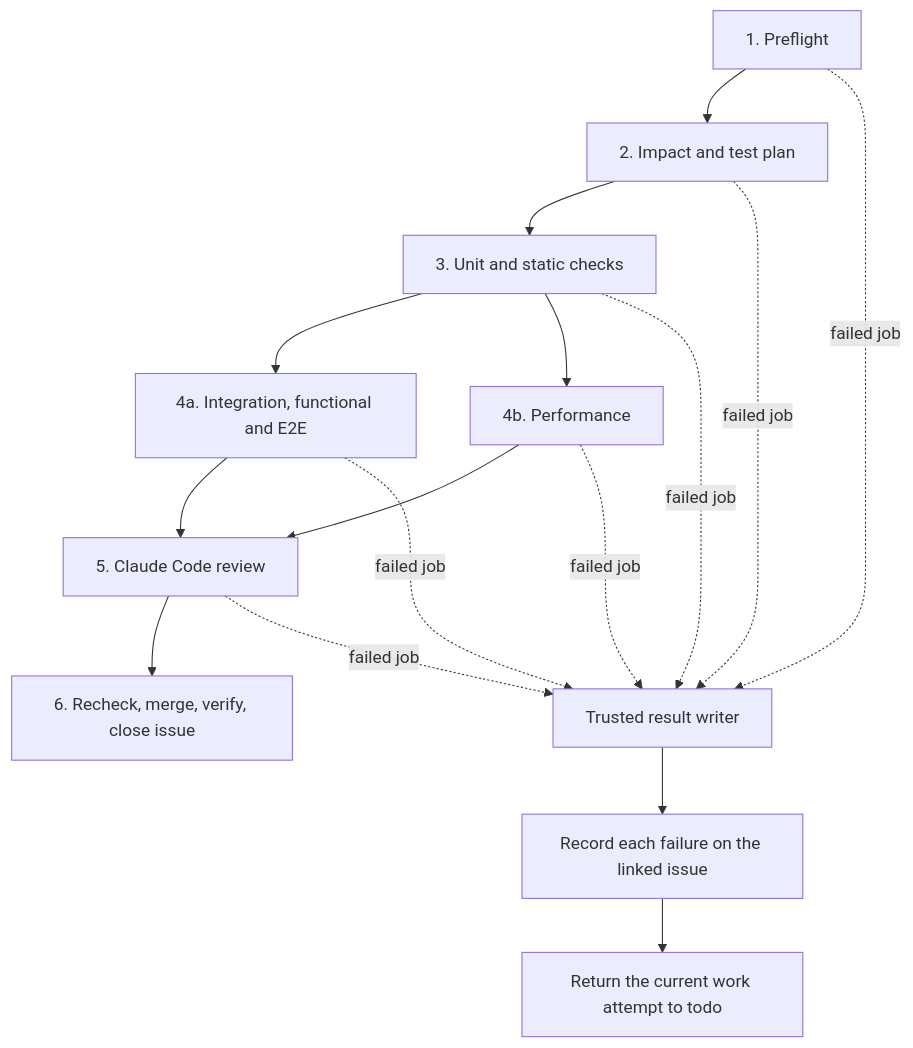
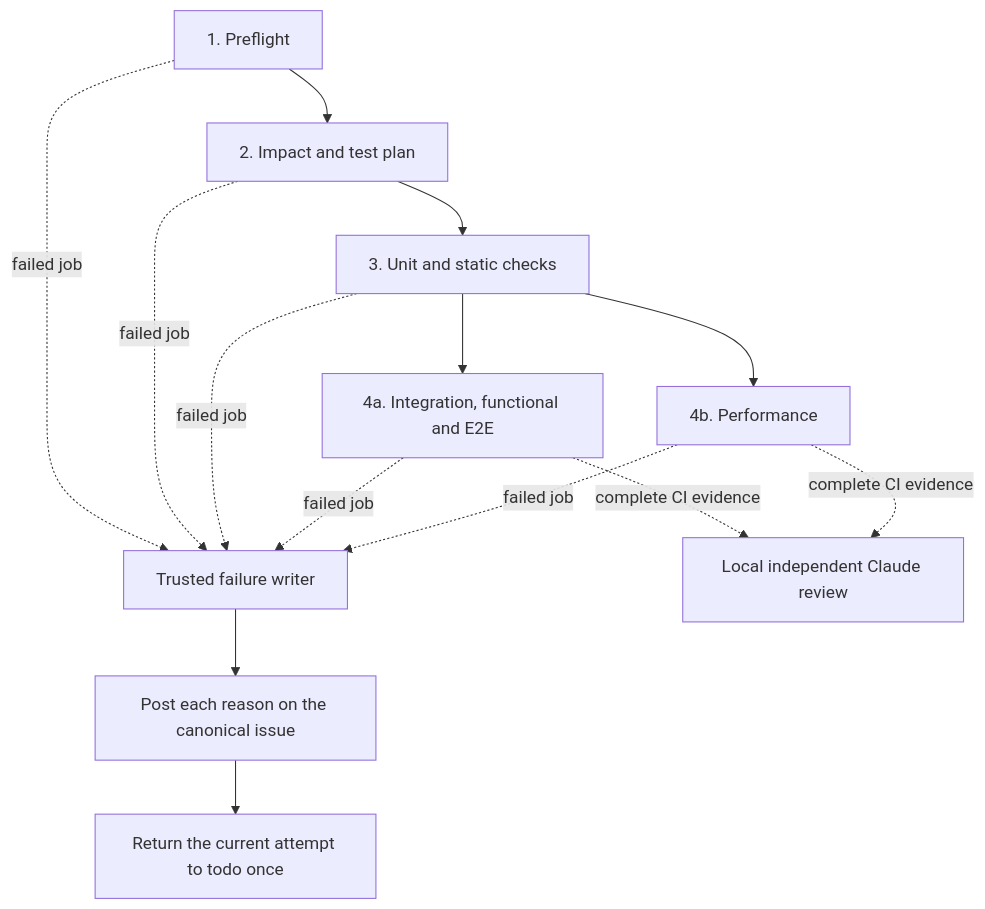
Before and after one commit to faberline/aw: the diagram in docs/standards/development-pipeline.md, drawn with Mermaid. The commit also changed other lines of this file and 8 other files, not shown here.

First line of the commit message:
ci: keep normal development CI to four test stages with local review (#141)

````diff
--- a/docs/standards/development-pipeline.md
+++ b/docs/standards/development-pipeline.md
@@ -58,18 +54,16 @@
 ```mermaid
 flowchart TD
     P[1. Preflight] --> A[2. Impact and test plan]
     A --> U[3. Unit and static checks]
     U --> F[4a. Integration, functional and E2E]
     U --> T[4b. Performance]
-    F --> R[5. Claude Code review]
-    T --> R
-    R --> M[6. Recheck, merge, verify, close issue]
-    P -. failed job .-> O[Trusted result writer]
-    A -. failed job .-> O
-    U -. failed job .-> O
-    F -. failed job .-> O
-    T -. failed job .-> O
-    R -. failed job .-> O
-    O --> C[Record each failure on the linked issue]
-    C --> Q[Return the current work attempt to todo]
+    P -. failed job .-> W[Trusted failure writer]
+    A -. failed job .-> W
+    U -. failed job .-> W
+    F -. failed job .-> W
+    T -. failed job .-> W
+    W --> C[Post each reason on the canonical issue]
+    C --> Q[Return the current attempt to todo once]
+    F -. complete CI evidence .-> L[Local independent Claude review]
+    T -. complete CI evidence .-> L
 ```
````
